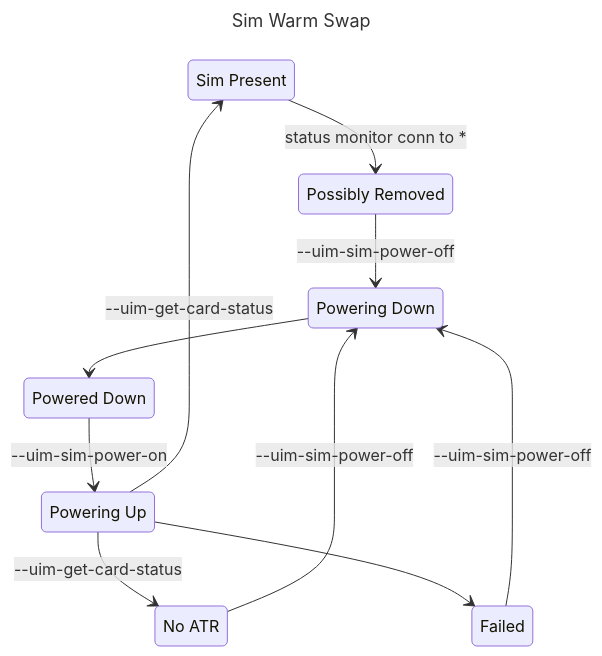
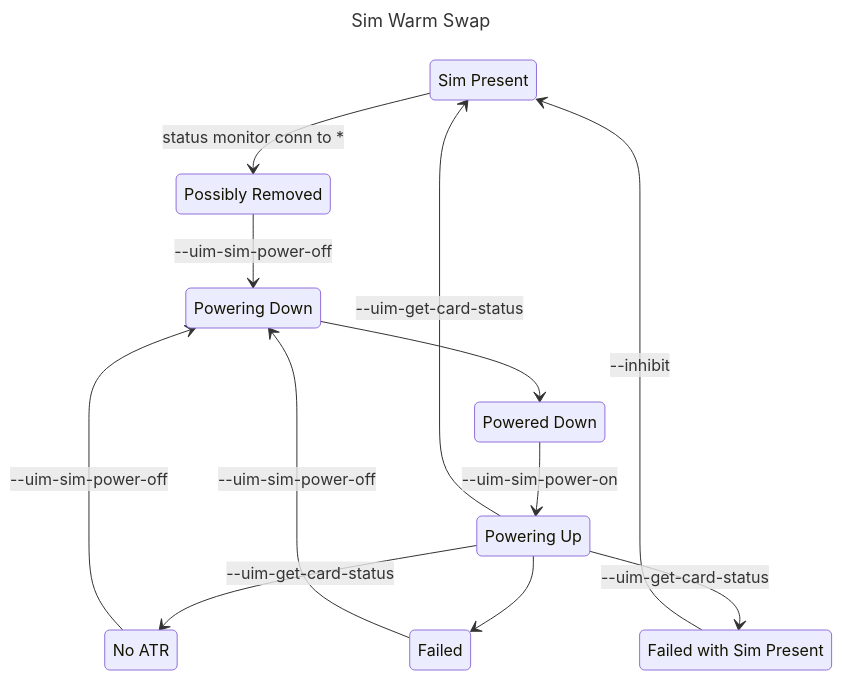
One commit to jangala-dev/devicecode-lua changed the third of 3 diagrams in sprint-docs/hal.md. Above: the diagram before and after it, drawn with Mermaid. The commit also changed other lines of this file and 1 other file, not shown here.

````diff
--- a/sprint-docs/hal.md
+++ b/sprint-docs/hal.md
@@ -94,23 +94,26 @@
 ```mermaid
 ---
 title: Sim Warm Swap
 ---
 stateDiagram-v2
     SP: Sim Present
     PR: Possibly Removed
     PgD: Powering Down
     PD: Powered Down
     NATR: No ATR
     PgU: Powering Up
     FL: Failed
+    SPFL: Failed with Sim Present
 
     SP --> PR: status monitor conn to *
     PR --> PgD: --uim-sim-power-off
     NATR --> PgD: --uim-sim-power-off
     PgD --> PD
     PD --> PgU: --uim-sim-power-on
     PgU --> SP: --uim-get-card-status
     PgU --> NATR: --uim-get-card-status 
+    PgU --> SPFL: --uim-get-card-status 
     PgU --> FL
+    SPFL --> SP: --inhibit
     FL --> PgD:  --uim-sim-power-off
 ```
````
